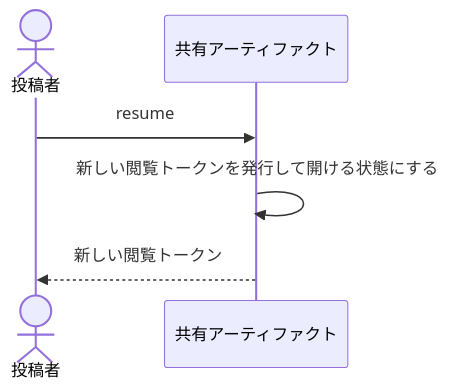
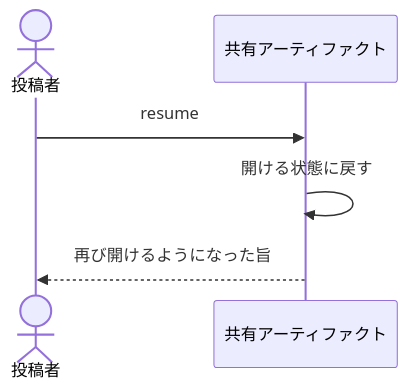
One commit to daidaiiro-519/waffle changed the diagram in .waffle/specs/bc-artifact-share/subdomain/sd-artifact-sharing/usecase/uc-resume-artifact.md. Above: the diagram before and after it, drawn with Mermaid. The commit also changed other lines of this file and 4 other files, not shown here.

````diff
--- a/.waffle/specs/bc-artifact-share/subdomain/sd-artifact-sharing/usecase/uc-resume-artifact.md
+++ b/.waffle/specs/bc-artifact-share/subdomain/sd-artifact-sharing/usecase/uc-resume-artifact.md
@@ -47,7 +47,7 @@
 ```mermaid
 sequenceDiagram
     actor 投稿者
     投稿者->>共有アーティファクト: resume
-    共有アーティファクト->>共有アーティファクト: 新しい閲覧トークンを発行して開ける状態にする
-    共有アーティファクト-->>投稿者: 新しい閲覧トークン
+    共有アーティファクト->>共有アーティファクト: 開ける状態に戻す
+    共有アーティファクト-->>投稿者: 再び開けるようになった旨
 ```
````
